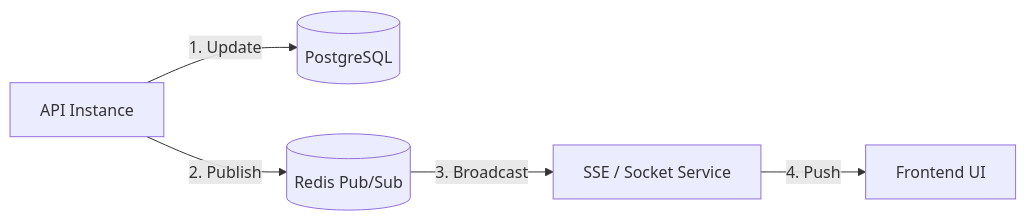
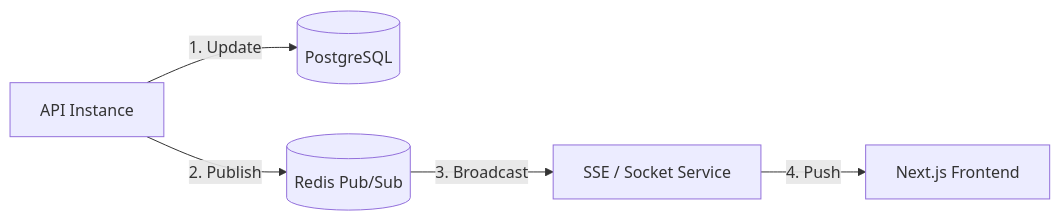
Before and after one commit to siddhantdeval/real-time-task-manager: the third of 3 diagrams in backend/docs/data_flow.md, drawn with Mermaid. The commit also changed other lines of this file and 4 other files, not shown here.

````diff
--- a/backend/docs/data_flow.md
+++ b/backend/docs/data_flow.md
@@ -89,7 +112,7 @@
 ```mermaid
 graph LR
     API[API Instance] -->|1. Update| DB[(PostgreSQL)]
     API -->|2. Publish| Redis[(Redis Pub/Sub)]
     Redis -->|3. Broadcast| SSE[SSE / Socket Service]
-    SSE -->|4. Push| UI[Frontend UI]
+    SSE -->|4. Push| UI[Next.js Frontend]
 ```
````
